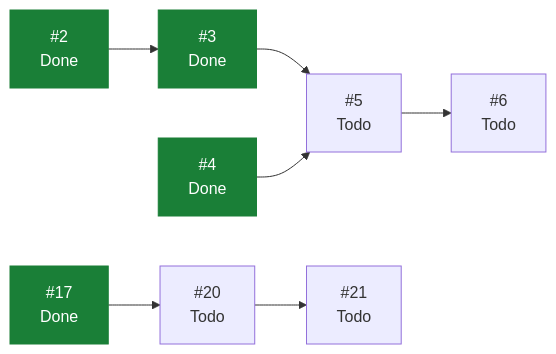
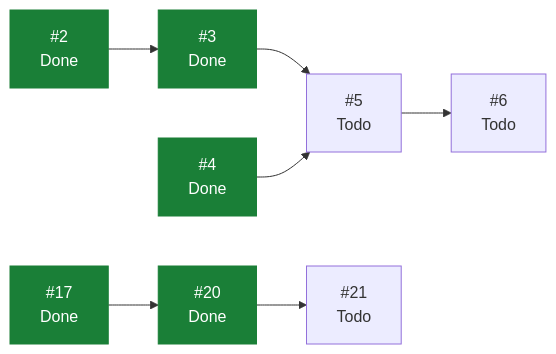
One commit to ecamp0s/evault changed the diagram in docs/planning/STATUS.md. Above: the diagram before and after it, drawn with Mermaid. The commit also changed other lines of this file, not shown here.

````diff
--- a/docs/planning/STATUS.md
+++ b/docs/planning/STATUS.md
@@ -54,19 +54,19 @@
 ```mermaid
 graph LR
   I2["#2<br/>Done"]
   I3["#3<br/>Done"]
   I4["#4<br/>Done"]
   I5["#5<br/>Todo"]
   I6["#6<br/>Todo"]
   I17["#17<br/>Done"]
-  I20["#20<br/>Todo"]
+  I20["#20<br/>Done"]
   I21["#21<br/>Todo"]
   I2 --> I3
   I3 --> I5
   I4 --> I5
   I5 --> I6
   I17 --> I20
   I20 --> I21
   classDef hecho fill:#1a7f37,stroke:#1a7f37,color:#fff;
-  class I2,I3,I4,I17 hecho;
+  class I2,I3,I4,I17,I20 hecho;
 ```
````
